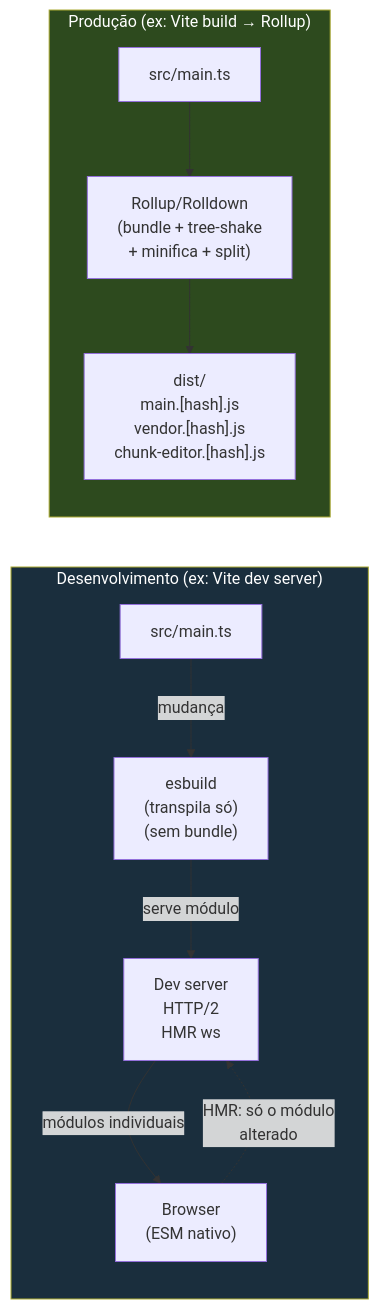
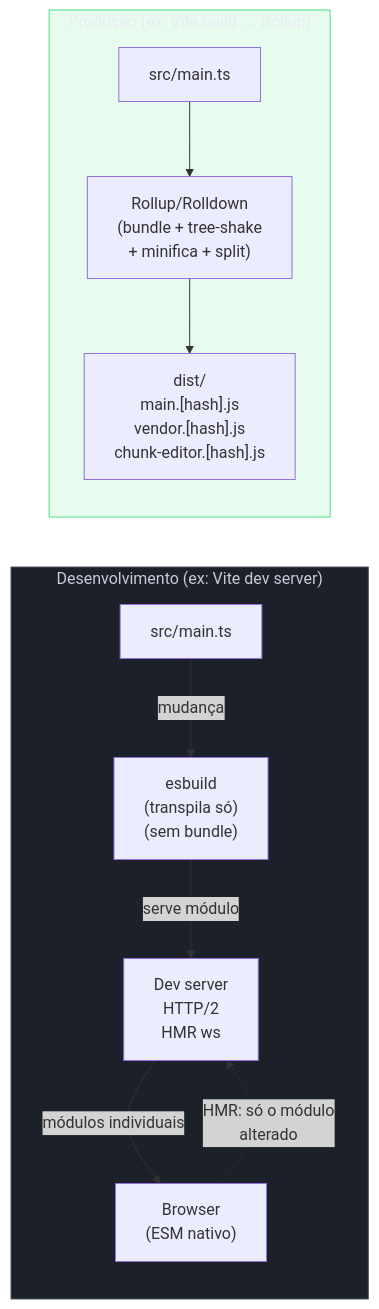
Before and after one commit to josenaldo/codex-technomanticus: the tenth of 10 diagrams in 03-Dominios/Tecnologia/Tooling e Build/07 - O grafo de módulos e o que é bundling.md, drawn with Mermaid. The commit also changed other lines of this file and 1181 other files, not shown here.

First line of the commit message:
fix(diagramas): paleta do sistema no lugar de cor cravada no markdown

````diff
--- a/03-Dominios/Tecnologia/Tooling e Build/07 - O grafo de módulos e o que é bundling.md
+++ b/03-Dominios/Tecnologia/Tooling e Build/07 - O grafo de módulos e o que é bundling.md
@@ -741,27 +755,29 @@
 ```mermaid
 flowchart LR
+    classDef neutro fill:#1B2029,stroke:#4E5666,color:#C6CCD8
+    classDef ok fill:#4ADE8021,stroke:#4ADE80,color:#E9ECF2
     subgraph DEV["Desenvolvimento (ex: Vite dev server)"]
         direction TB
         SRC_D["src/main.ts"]
         TRANSFORM_D["esbuild\n(transpila só)\n(sem bundle)"]
         BROWSER_D["Browser\n(ESM nativo)"]
         DEV_SERVER["Dev server\nHTTP/2\nHMR ws"]
 
         SRC_D -->|"mudança"| TRANSFORM_D
         TRANSFORM_D -->|"serve módulo"| DEV_SERVER
         DEV_SERVER -->|"módulos individuais"| BROWSER_D
         BROWSER_D -.->|"HMR: só o módulo\nalterado"| DEV_SERVER
     end
 
     subgraph PROD["Produção (ex: Vite build → Rollup)"]
         direction TB
         SRC_P["src/main.ts"]
         BUNDLE_P["Rollup/Rolldown\n(bundle + tree-shake\n+ minifica + split)"]
         DIST["dist/\n  main.[hash].js\n  vendor.[hash].js\n  chunk-editor.[hash].js"]
 
         SRC_P --> BUNDLE_P --> DIST
     end
 
-    style DEV fill:#1a2e3d,color:#fff
-    style PROD fill:#2d4a1e,color:#fff
+    class DEV neutro
+    class PROD ok
 ```
````
